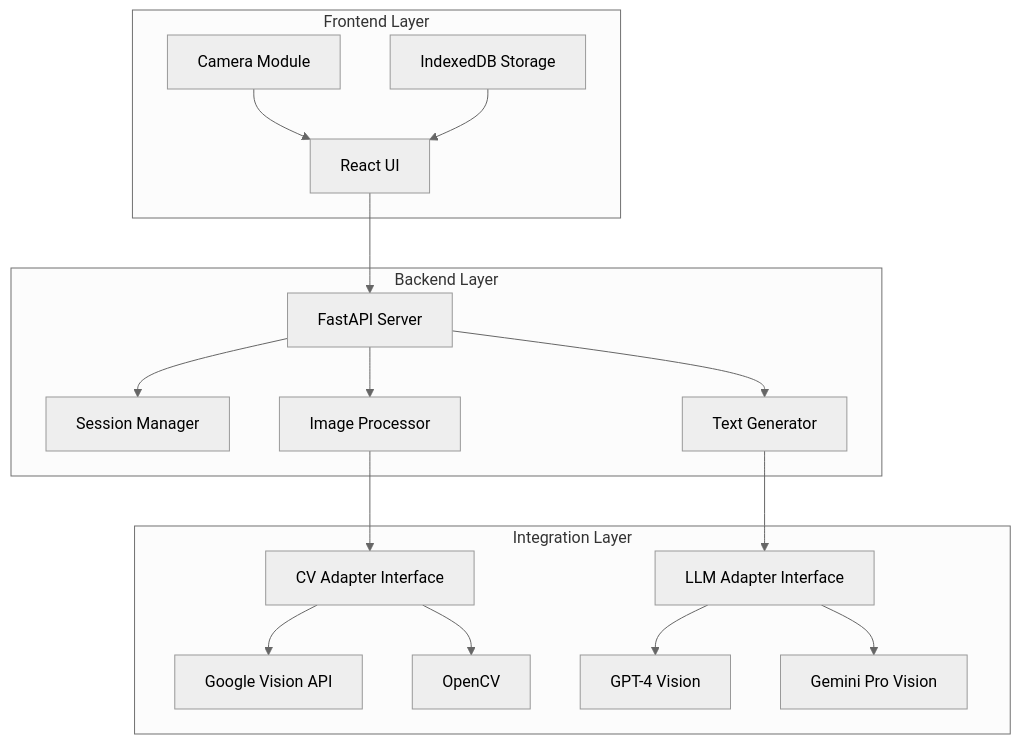
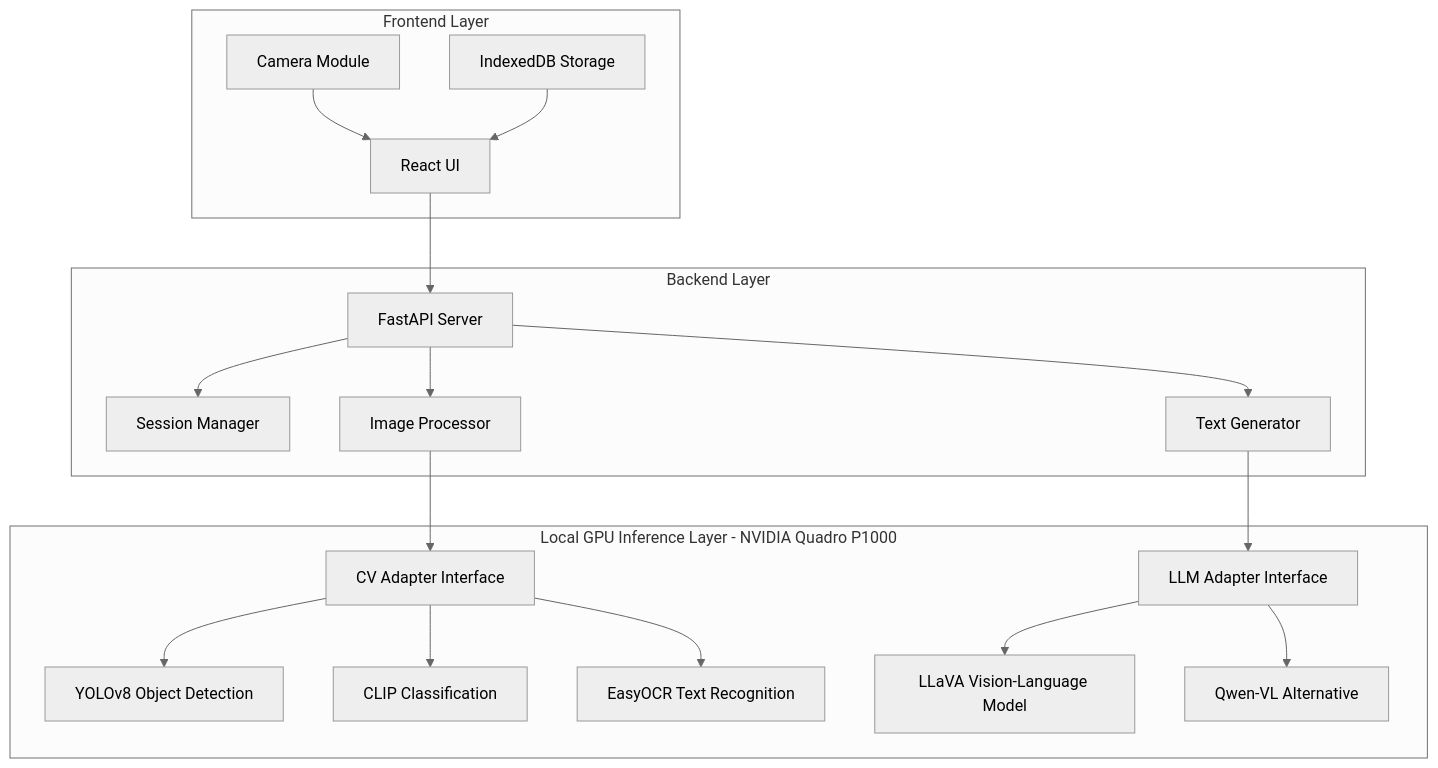
The diagram in .kiro/specs/visual-sommelier/design.md (yrhcjhfj/visual-sommelier), drawn with Mermaid (neutral theme) before and after one commit. The commit also changed other lines of this file and 6 other files, not shown here.

First line of the commit message:
Update specs for local GPU (NVIDIA Quadro P1000) instead of cloud APIs

````diff
--- a/.kiro/specs/visual-sommelier/design.md
+++ b/.kiro/specs/visual-sommelier/design.md
@@ -33,40 +54,42 @@
 ```mermaid
 graph TB
     subgraph "Frontend Layer"
         UI[React UI]
         Camera[Camera Module]
         Storage[IndexedDB Storage]
     end
     
     subgraph "Backend Layer"
         API[FastAPI Server]
         SessionMgr[Session Manager]
         ImageProc[Image Processor]
         TextGen[Text Generator]
     end
     
-    subgraph "Integration Layer"
+    subgraph "Local GPU Inference Layer - NVIDIA Quadro P1000"
         CVAdapter[CV Adapter Interface]
         LLMAdapter[LLM Adapter Interface]
-        GoogleVision[Google Vision API]
-        OpenCV[OpenCV]
-        GPT4[GPT-4 Vision]
-        Gemini[Gemini Pro Vision]
+        YOLO[YOLOv8 Object Detection]
+        CLIP[CLIP Classification]
+        OCR[EasyOCR Text Recognition]
+        LLaVA[LLaVA Vision-Language Model]
+        Qwen[Qwen-VL Alternative]
     end
     
     UI --> API
     Camera --> UI
     Storage --> UI
     
     API --> SessionMgr
     API --> ImageProc
     API --> TextGen
     
     ImageProc --> CVAdapter
     TextGen --> LLMAdapter
     
-    CVAdapter --> GoogleVision
-    CVAdapter --> OpenCV
-    LLMAdapter --> GPT4
-    LLMAdapter --> Gemini
+    CVAdapter --> YOLO
+    CVAdapter --> CLIP
+    CVAdapter --> OCR
+    LLMAdapter --> LLaVA
+    LLMAdapter --> Qwen
 ```
````
